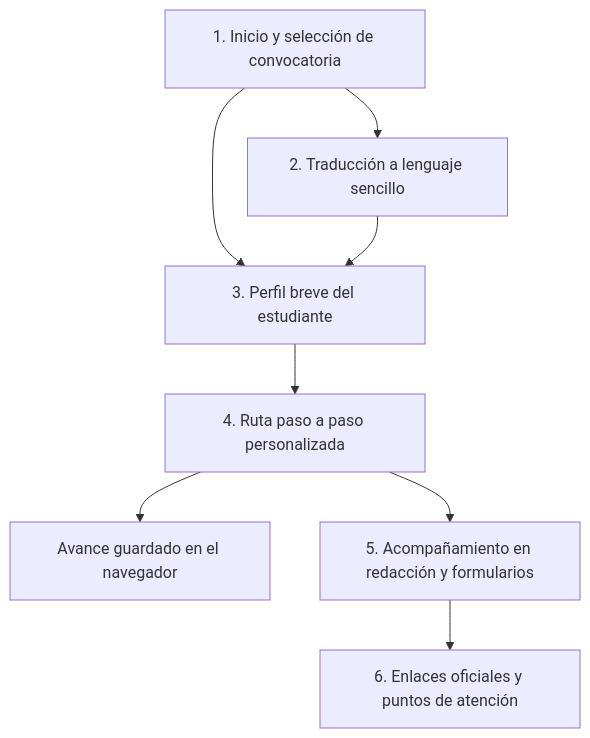
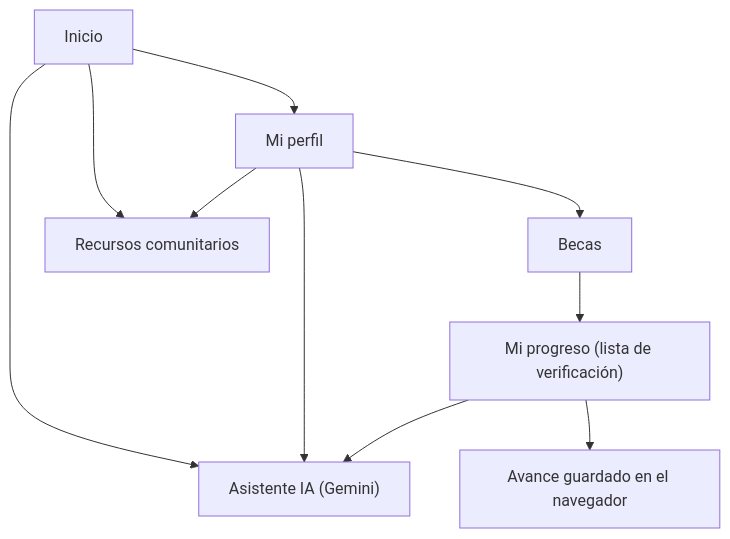
Before and after one commit to Dsquip/Becalink: the first of 2 diagrams in README.md, drawn with Mermaid. The commit also changed other lines of this file, not shown here.

````diff
--- a/README.md
+++ b/README.md
@@ -45,10 +45,12 @@
 ```mermaid
 flowchart TD
-    A["1. Inicio y selección de convocatoria"] --> B["2. Traducción a lenguaje sencillo"]
-    A --> C["3. Perfil breve del estudiante"]
-    B --> C
-    C --> D["4. Ruta paso a paso personalizada"]
-    D --> E["Avance guardado en el navegador"]
-    D --> F["5. Acompañamiento en redacción y formularios"]
-    F --> G["6. Enlaces oficiales y puntos de atención"]
+    A["Inicio"] --> B["Mi perfil"]
+    B --> C["Becas"]
+    C --> D["Mi progreso (lista de verificación)"]
+    A --> E["Asistente IA (Gemini)"]
+    B --> E
+    D --> E
+    A --> F["Recursos comunitarios"]
+    B --> F
+    D --> G["Avance guardado en el navegador"]
 ```
````
